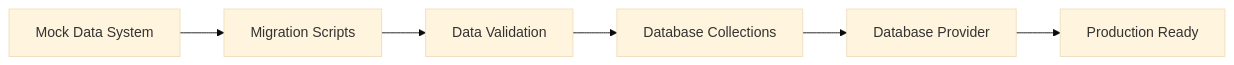
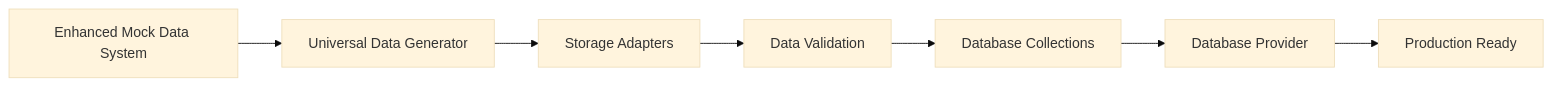
Before and after one commit to geniusdynamics/schoolpilot: the fifth of 5 diagrams in .qoder/repowiki/en/content/Mock Data Dev Guide.md, drawn with Mermaid (base theme). The commit also changed other lines of this file and 16 other files, not shown here.

First line of the commit message:
docs: update repowiki documentation for modules and mock data guide

````diff
--- a/.qoder/repowiki/en/content/Mock Data Dev Guide.md
+++ b/.qoder/repowiki/en/content/Mock Data Dev Guide.md
@@ -158,8 +311,9 @@
 ```mermaid
 flowchart LR
-MockData["Mock Data System"] --> Migration["Migration Scripts"]
-Migration --> Validation["Data Validation"]
+MockData["Enhanced Mock Data System"] --> UniversalGen["Universal Data Generator"]
+UniversalGen --> Storage["Storage Adapters"]
+Storage --> Validation["Data Validation"]
 Validation --> Database["Database Collections"]
 Database --> Provider["Database Provider"]
 Provider --> Production["Production Ready"]
 ```
````
